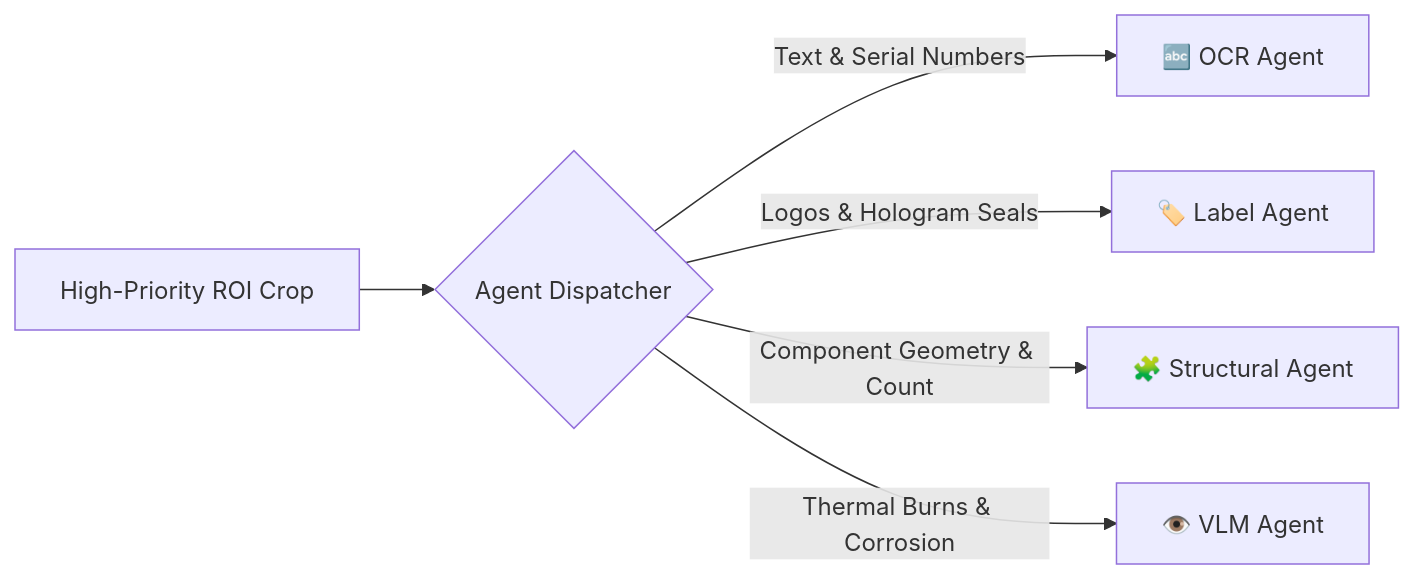
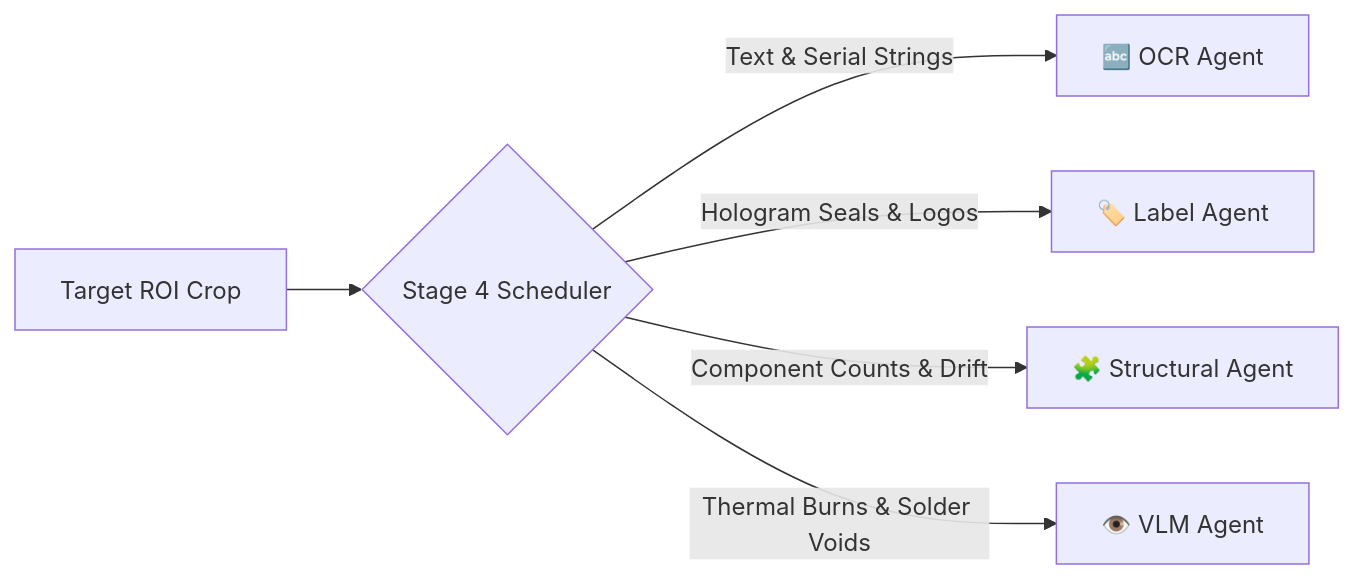
Before and after one commit to Disha-1610/VisionForge: the second of 5 diagrams in docs/ARCHITECTURE.md, drawn with Mermaid. The commit also changed other lines of this file and 12 other files, not shown here.

Commit message:
docs: upgrade full documentation suite with technical depth, story arcs, engineering decisions, and Mermaid diagrams

````diff
--- a/docs/ARCHITECTURE.md
+++ b/docs/ARCHITECTURE.md
@@ -159,8 +188,8 @@
 ```mermaid
 flowchart LR
-    ROI["High-Priority ROI Crop"] --> ROUTE{"Agent Dispatcher"}
-    ROUTE -->|Text & Serial Numbers| OCR["🔤 OCR Agent"]
-    ROUTE -->|Logos & Hologram Seals| LBL["🏷️ Label Agent"]
-    ROUTE -->|Component Geometry & Count| YOLO["🧩 Structural Agent"]
-    ROUTE -->|Thermal Burns & Corrosion| VLM["👁️ VLM Agent"]
+    ROI["Target ROI Crop"] --> ROUTE{"Stage 4 Scheduler"}
+    ROUTE -->|Text & Serial Strings| OCR["🔤 OCR Agent"]
+    ROUTE -->|Hologram Seals & Logos| LBL["🏷️ Label Agent"]
+    ROUTE -->|Component Counts & Drift| YOLO["🧩 Structural Agent"]
+    ROUTE -->|Thermal Burns & Solder Voids| VLM["👁️ VLM Agent"]
 ```
````
